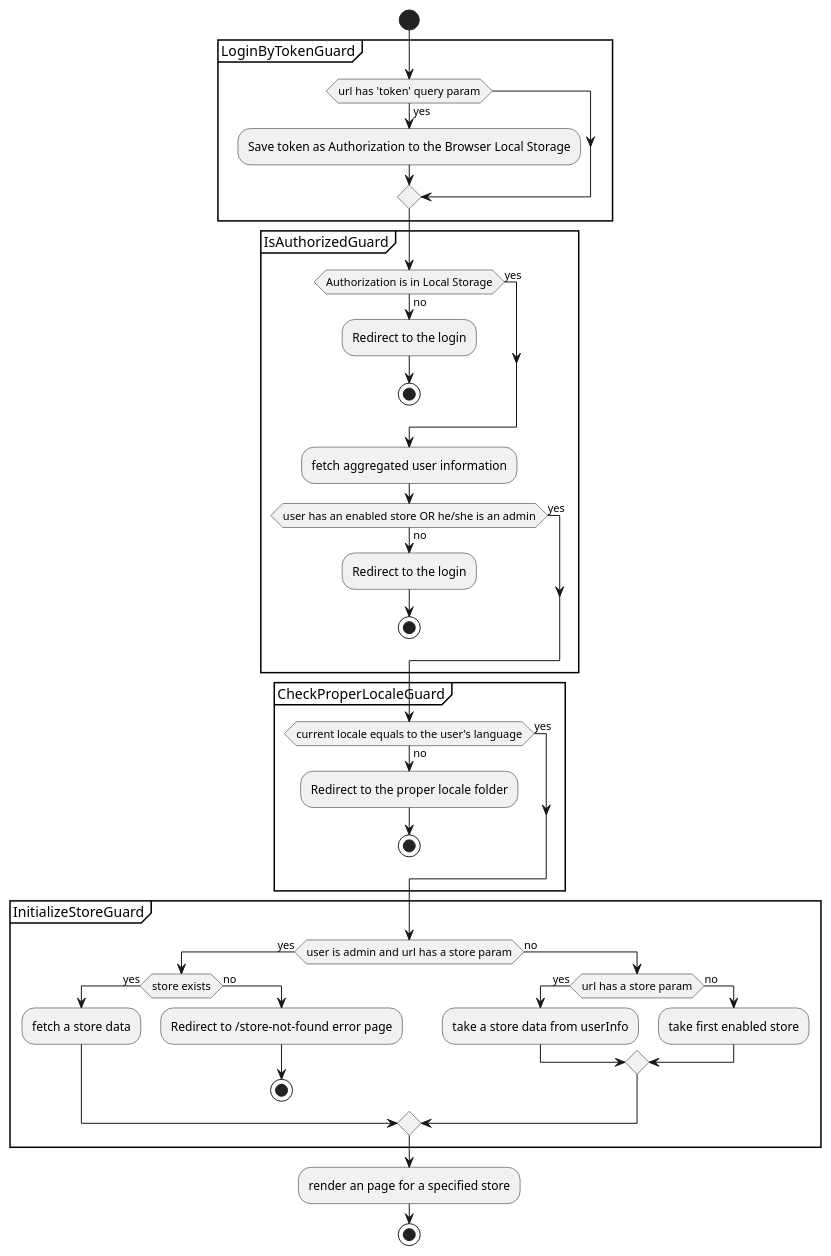
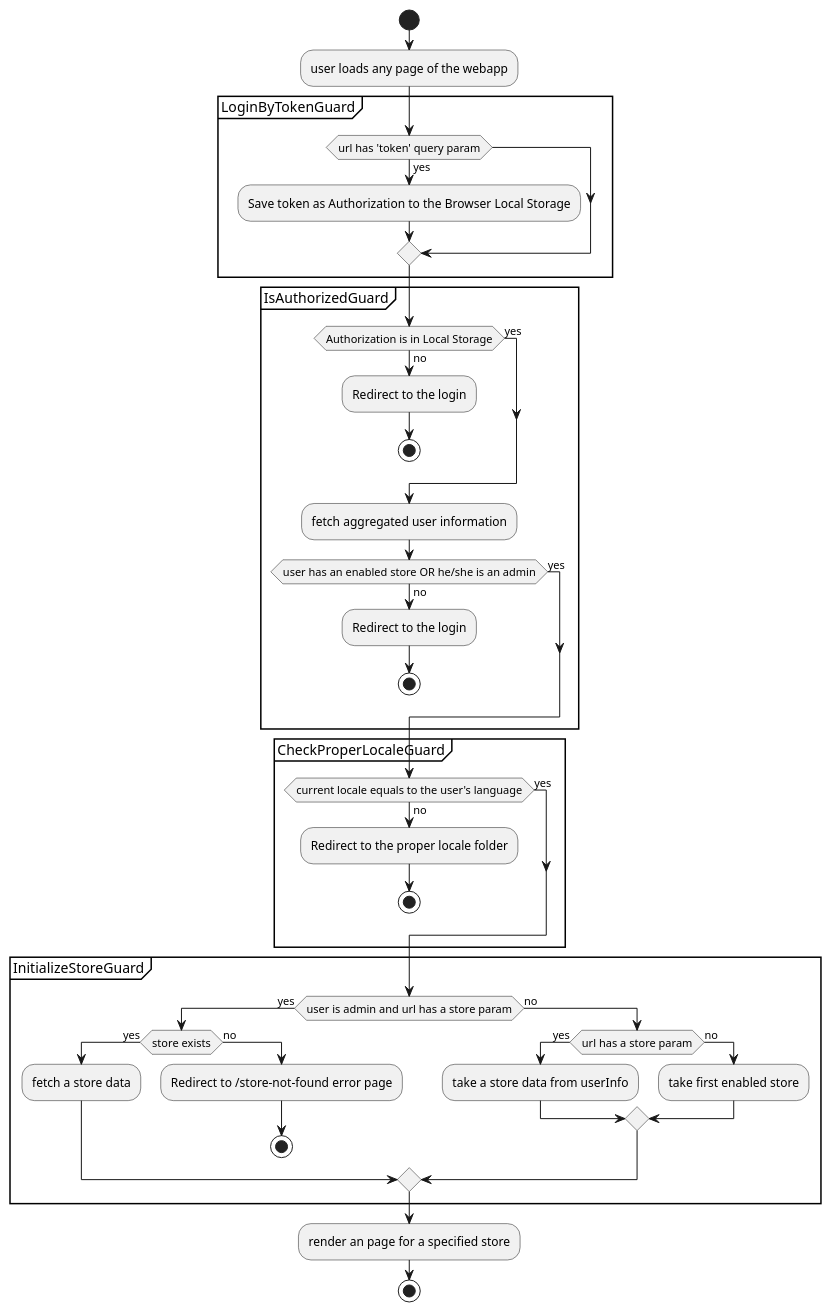
One commit to Mamen484/webapp changed the diagram in src/diagrams/authentication.puml. Above: the diagram before and after it, drawn with PlantUML. The commit also changed 1 other file, not shown here.

Commit message:
Add a diagram with a login process.

```diff
--- a/src/diagrams/authentication.puml
+++ b/src/diagrams/authentication.puml
@@ -5,58 +5,61 @@
 @startuml
 
 start
+
+:user loads any page of the webapp;
+
 partition LoginByTokenGuard {
     if(url has 'token' query param) then (yes)
         :Save token as Authorization to the Browser Local Storage;
     endif
 }
 partition IsAuthorizedGuard {
     if (Authorization is in Local Storage)  then (yes)
 
     else (no)
         :Redirect to the login;
         stop
 
 
     endif
 
     :fetch aggregated user information;
 
     if (user has an enabled store OR he/she is an admin) then (yes)
     else (no)
          :Redirect to the login;
          stop
     endif
 }
 
 partition CheckProperLocaleGuard {
         if (current locale equals to the user's language) then (yes)
         else (no)
              :Redirect to the proper locale folder;
              stop
         endif
 }
 
 partition InitializeStoreGuard {
     if (user is admin and url has a store param) then (yes)
         if (store exists) then (yes)
             :fetch a store data;
         else (no)
             :Redirect to /store-not-found error page;
             stop
         endif
     else (no)
         if (url has a store param) then (yes)
             :take a store data from userInfo;
         else (no)
             :take first enabled store;
         endif
     endif
 }
 
 :render an page for a specified store;
 
 
 stop
 
 @enduml
```
